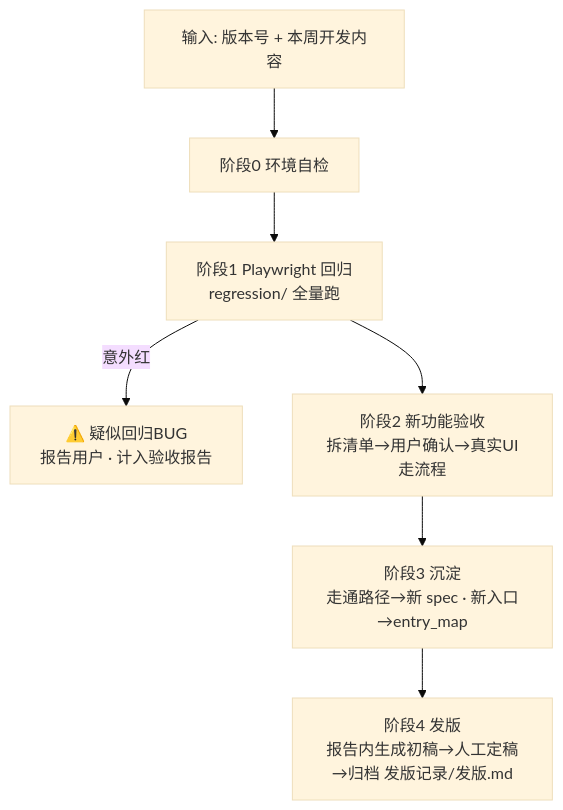
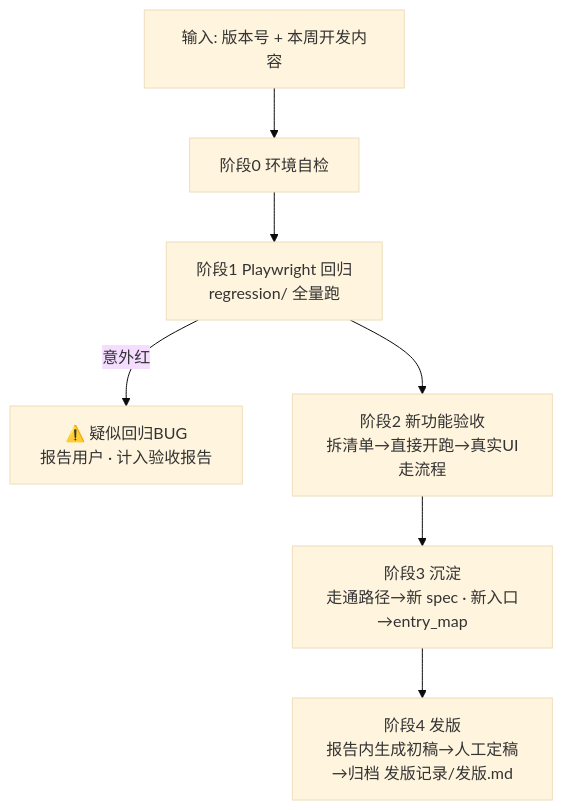
Before and after one commit to ddddd-xy126/51PM-yanshou-ceshi-faban: the diagram in skills/SKILL.md, drawn with Mermaid (base theme). The commit also changed other lines of this file and 21 other files, not shown here.

````diff
--- a/skills/SKILL.md
+++ b/skills/SKILL.md
@@ -27,9 +27,9 @@
 ```mermaid
 graph TD
     A[输入: 版本号 + 本周开发内容] --> B[阶段0 环境自检]
     B --> C[阶段1 Playwright 回归<br>regression/ 全量跑]
     C -->|意外红| C1[⚠️ 疑似回归BUG<br>报告用户 · 计入验收报告]
-    C --> D[阶段2 新功能验收<br>拆清单→用户确认→真实UI走流程]
+    C --> D[阶段2 新功能验收<br>拆清单→直接开跑→真实UI走流程]
     D --> E[阶段3 沉淀<br>走通路径→新 spec · 新入口→entry_map]
     E --> F[阶段4 发版<br>报告内生成初稿→人工定稿→归档 发版记录/发版.md]
 ```
````
